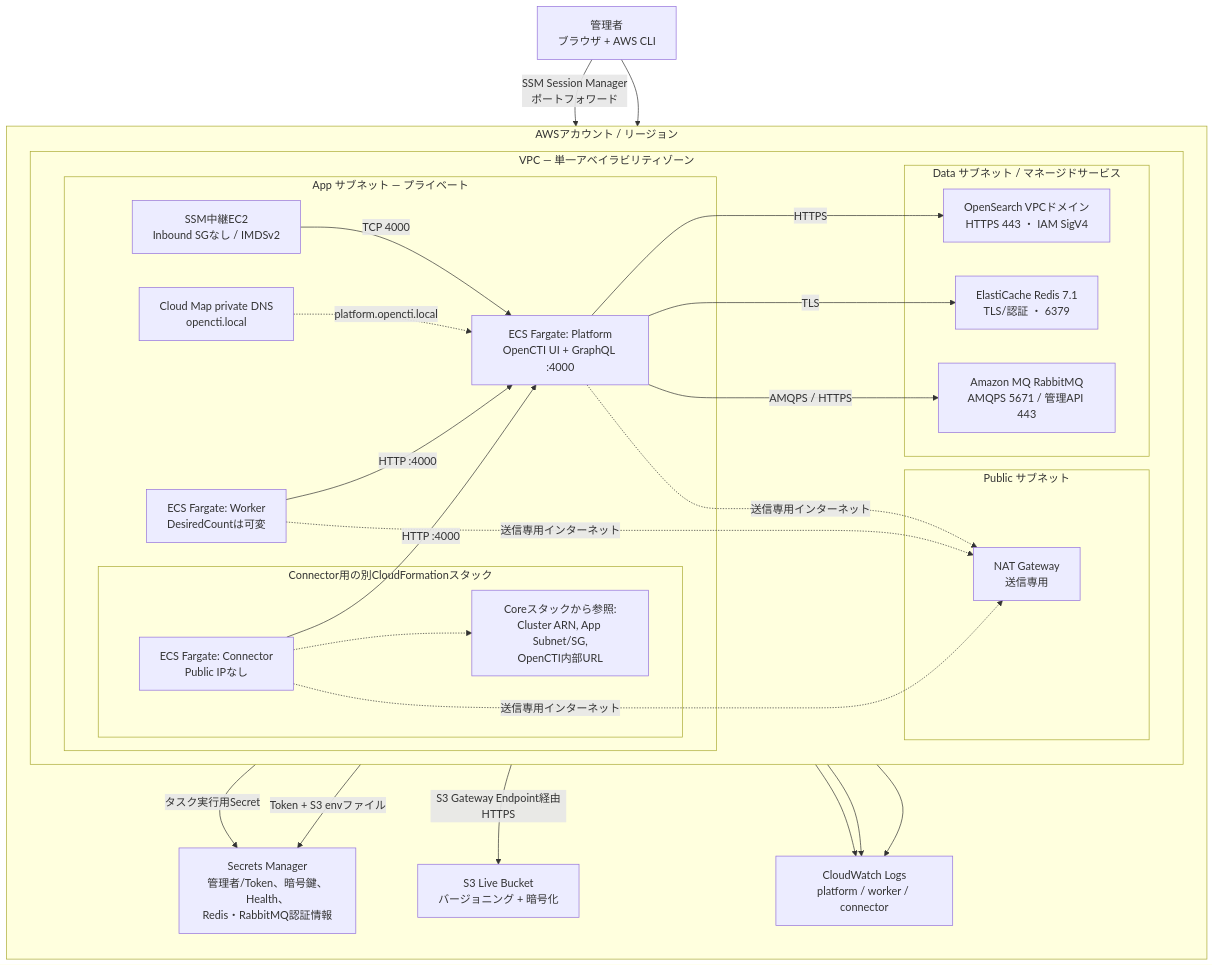
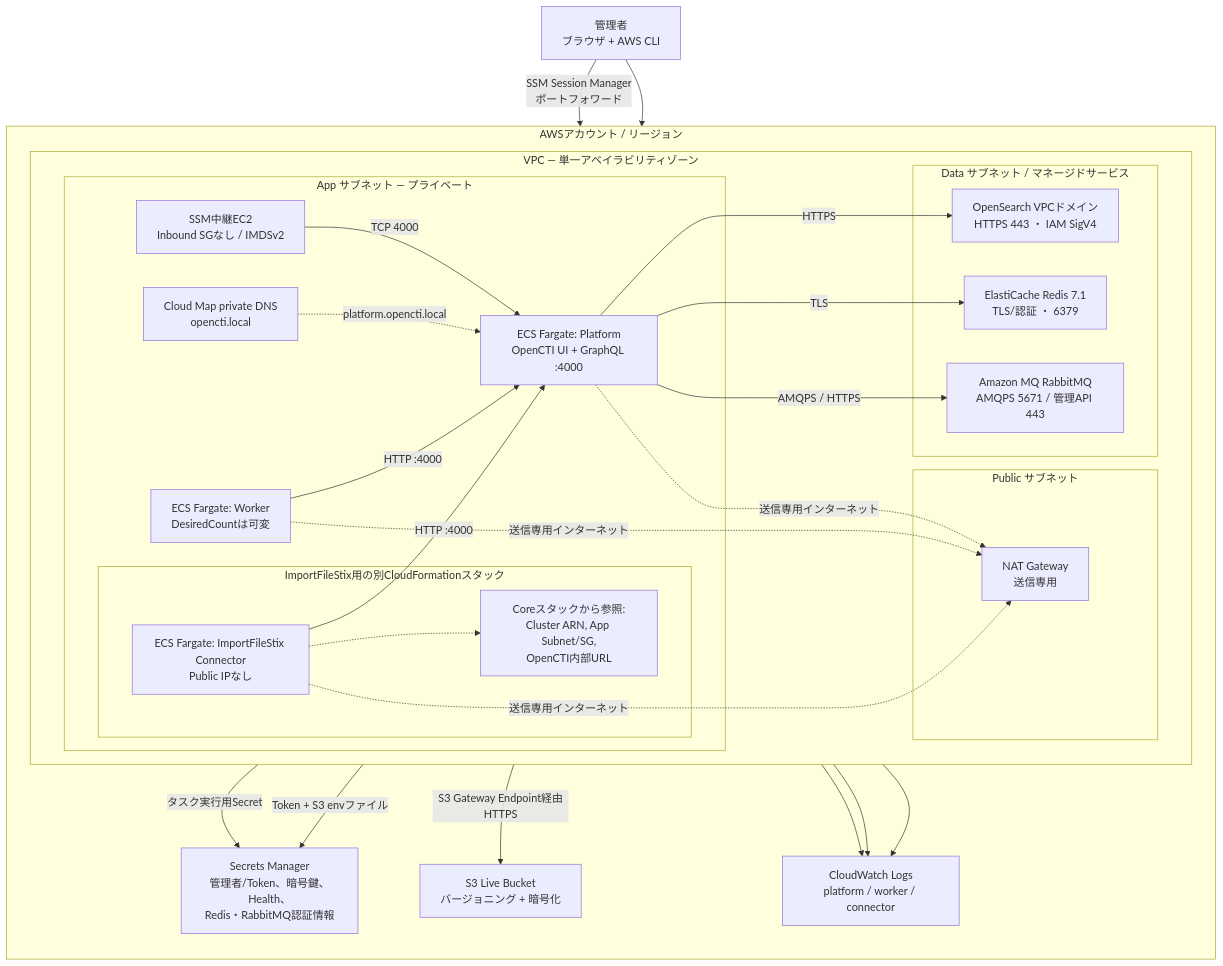
The diagram in docs/opencti-core-connector-architecture.mmd (kurokuma/opencti-cloudformation), drawn with Mermaid before and after one commit. The commit also changed 9 other files, not shown here.

First line of the commit message:
feat: Introduce ImportFileStix connector and S3 ingestion pipeline

```diff
--- a/docs/opencti-core-connector-architecture.mmd
+++ b/docs/opencti-core-connector-architecture.mmd
@@ -1,49 +1,49 @@
 flowchart TB
   Admin["管理者<br/>ブラウザ + AWS CLI"] -->|"SSM Session Manager<br/>ポートフォワード"| Relay
 
   subgraph AWS["AWSアカウント / リージョン"]
     direction TB
     subgraph VPC["VPC — 単一アベイラビリティゾーン"]
       direction LR
       subgraph Public["Public サブネット"]
         NAT["NAT Gateway<br/>送信専用"]
       end
       subgraph App["App サブネット — プライベート"]
         Relay["SSM中継EC2<br/>Inbound SGなし / IMDSv2"]
         DNS["Cloud Map private DNS<br/>opencti.local"]
         Platform["ECS Fargate: Platform<br/>OpenCTI UI + GraphQL :4000"]
         Worker["ECS Fargate: Worker<br/>DesiredCountは可変"]
-        subgraph ConnectorStack["Connector用の別CloudFormationスタック"]
-          Connector["ECS Fargate: Connector<br/>Public IPなし"]
+        subgraph ConnectorStack["ImportFileStix用の別CloudFormationスタック"]
+          Connector["ECS Fargate: ImportFileStix Connector<br/>Public IPなし"]
           Imports["Coreスタックから参照:<br/>Cluster ARN, App Subnet/SG,<br/>OpenCTI内部URL"]
         end
       end
       subgraph Data["Data サブネット / マネージドサービス"]
         OS["OpenSearch VPCドメイン<br/>HTTPS 443 ・ IAM SigV4"]
         Redis["ElastiCache Redis 7.1<br/>TLS/認証 ・ 6379"]
         MQ["Amazon MQ RabbitMQ<br/>AMQPS 5671 / 管理API 443"]
       end
     end
     Secrets["Secrets Manager<br/>管理者/Token、暗号鍵、Health、<br/>Redis・RabbitMQ認証情報"]
     S3Live["S3 Live Bucket<br/>バージョニング + 暗号化"]
     Logs["CloudWatch Logs<br/>platform / worker / connector"]
   end
 
   Admin --> Relay
   Relay -->|"TCP 4000"| Platform
   DNS -.->|"platform.opencti.local"| Platform
   Worker -->|"HTTP :4000"| Platform
   Connector -->|"HTTP :4000"| Platform
   Connector -.-> Imports
   Platform -->|"HTTPS"| OS
   Platform -->|"TLS"| Redis
   Platform -->|"AMQPS / HTTPS"| MQ
   Platform -->|"タスク実行用Secret"| Secrets
   Connector -->|"Token + S3 envファイル"| Secrets
   Platform -->|"S3 Gateway Endpoint経由HTTPS"| S3Live
   Platform --> Logs
   Worker --> Logs
   Connector --> Logs
   Platform -.->|"送信専用インターネット"| NAT
   Worker -.->|"送信専用インターネット"| NAT
   Connector -.->|"送信専用インターネット"| NAT
```
